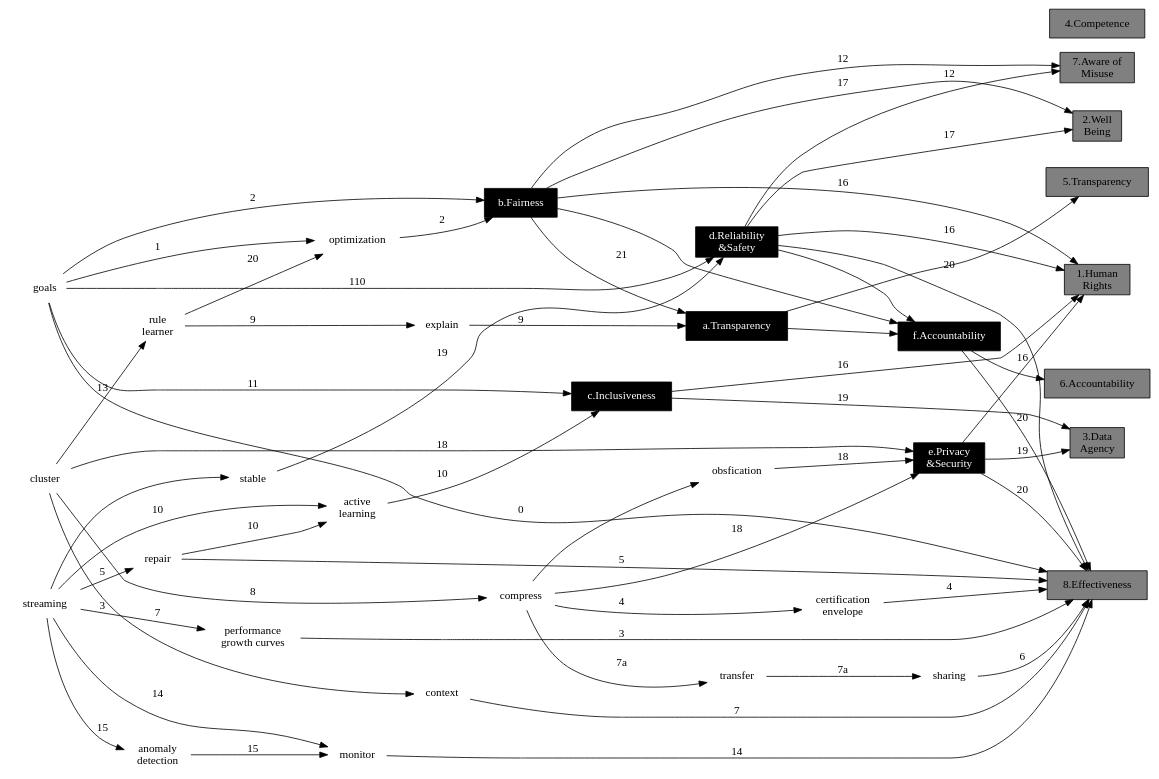
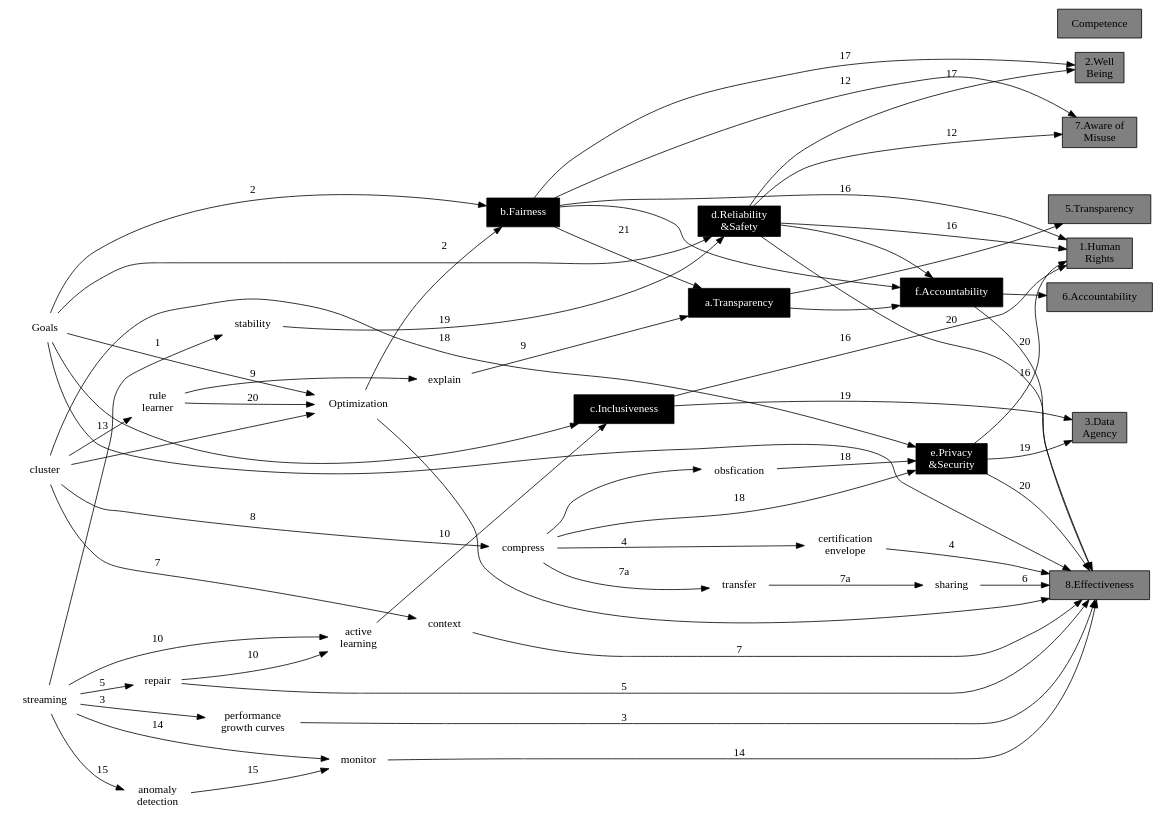
One commit to se4ai/code changed the diagram in img/require.dot. Above: the diagram before and after it, drawn with Graphviz. The commit also changed 5 other files, not shown here.

```diff
--- a/img/require.dot
+++ b/img/require.dot
@@ -6,83 +6,243 @@
 
 The following diagram shows one way to map the Microsoft principles (the black shaded nodes marked
 a,b,c,d,e,f)
-into the IEEE principles (the gray sharded nodes marked 1,2,3,4,5,6,7,8):
+into the IEEE principles (the gray shaded nodes marked 1,2,3,4,5,6,7,8):
 
 
-- _Compentence_ is all itself  since the IEEE definition of that principle seems to be more
+- _Competence_ is all itself  since the IEEE definition of that principle seems to be more
 about the developer than the design patterns and algorithms which are being developed. 
 - There are two terms with similar meanings mentioned by
-IEEE and Microsfot: _accountability_ and _transparency_.  For simplicity sake, we just link them too each other.
+IEEE and Microsoft: _accountability_ and _transparency_.  For simplicity sake, we just link them too each other.
 
 
 This mapping  is hardly definitive since many of these concepts are being rapidly evolved.
 One way to assist in the evolution of these concepts is to define them use discrete maths; i.e. using data structures
 and algorithms-- which is the point of the rest of this chapter. 
 
-## Desgin Details
+## Design Details
 
-The principles supported bythis design are shown on one side the above diagram.
-The other sode of that daigram shows the modules and algorthms needed to support that design.
+The principles supported by this design are shown on one side the above diagram.
+The other side of that diagram shows the modules and algorithms needed to support that design. 
 Before exploring those modules and algorithms, we stress three points:
 
 - Most of the concepts in this diagram is not mentioned in a standard machine learning or AI text.
   That is, ethical-aligned design raises many issues that extend our thinking far away from traditional approaches.
-- While this diagram looks complex, t reallly isn't. Much of  its complexity is in the mapping between
+- While this diagram looks complex, it really isn't. Much of  its complexity is in the mapping between
   the IEEE and Microsoft principles. Apart from that, a few modules are enough to support most of this
   ethically-aligned design. This chapters describes those modules, in broad strokes. Our sample source
-  code offers much more details on thise modules.
-- The aim of the following is to get software engineers
-   thinking about how to better design their systems.  
-   So while the following is **one** way, it is by not means  **the only** way, to design
-  for ethical AI.  
+  code offers much more details on these modules.
+- The back of this book offers KNEAD[^knead],  a sample implementation of this ethically-aligned design for AI
+tools. 
+   while KNEAD following is **one** way to build an ethically-aligned AI tool, it is by not means  **the only** way
+to do it.
 We hope that the reader's 
-reaction to the this design  would be: "Hey! there's a better way to
-do this!" or "This code does not handle ABC so I propose DEF".
+reaction to this code is  "Hey! There's a better way to
+do that!" or "This code does not handle ABC so it needs DEF and here is a sample implementation of that".
+
+[^knead]: KNEAD is short for "the Knowledge Needed for Ethically-Aligned Design".
 
 ### Core Concepts
 
 Three core concepts in that design are goals, clustering and streaming.
 
 */
-goals  [shape=none]
-goals -> opt [label=1]
+goals  [label="Goals", shape=none]
 /*
 
 #### Goals 
 
-Project managers can make a very large number of decsions about a
-project. Different kinds of projects have different definitoons
-of what is "best". For example:
+Before doing anything else, we reason about the _goals_ of the system.
+To show that a system is performing as is it should be,
+we need to know what people expect from that system,
+That is, the first thing we must say is that:
+
+    Goals -> Competence
+
+*/
+
+    effect [label="Competence" shape=box style=filled fillcolor=gray]
+    goals -> comp  
+
+/*
+
+Anyone who has done any requirements engineering knows that systems
+are build for stakeholders and different stakeholders have different goals.
+For example, project managers can make a very large number of decisions about a
+project and  different kinds of projects have different definitions
+of what is "best":
 
 -  For safety critical applications, the goal
-is ultra-relibaility. For such systems, it is reasonable
+is ultra-reliability. For such systems, it is reasonable
 to spend much effort to fund most errors in a system. 
-- For other kinds of applications (e.g. rushing out a new software game so
+- For other kinds of applications (such as rushing out a new software game so
 this organization can secure the cash flow needed for next month's salaries) 
 it it is reasonable to skip over low-priority bugs, just to ship the product sooner.
 
-The point here is that we cannot talk about a system's safety and realibaility, unless 
-we know its goals. Without those goals, we cannot define 
-what "unsafe conditions" mean, nor do we know 
-what 
-services must always be reliabled offered.
-Hemce we say:
+One way to reason about the _inclusiveness_ of a system is to ask how well
+does the system meet  the goals of different stakeholders.
+
+      Goals -> Inclusiveness  
+
+*/
+    goals -> inc  
+/*
+Of course, in practice, not every goal of every stakeholder can be satisfied.
+Sometimes, AI tools have to trade-off between competing goals. For example,
+in the 1990s,
+NASA had the goals of "better,faster,cheaper" space ships. But after some
+very high-profile (and every expensive) mission failures, that mantra
+was often modified to "better,faster,cheaper, pick any two" [^bfc]. 
+
+[^bfc]: For an interesting discussion on what worked, and what did not work,
+with "better, faster, cheaper", see [Can we build software faster and better and cheaper?](/REFS#menzies-2009a).
+
+To accommodate trading off between multiple goals, _optimization_ software
+allows their users to enter in some _objective function_ which can be
+used to assess different solutions. That is, with optimizes, the
+goals are part of the input space, supplied prior to execution. Using that
+optimizer, we can better meet the goals of our stakeholders. 
+This is an important part of ethically-aligned design so we say:
+
+    Goals -> Optimization
+
+*/
+   opt  [label=Optimization shape=none]
+   goals -> opt [label=1]
+
+/*  
+
+A certain kind of optimizer, called a _hyperparameter optimizer_
+is very useful for  improving learners. AI tools such as data miners
+come with numerous "magic"  hyperparameters which are set via
+"engineering judgment" (otherwise known as "guesses").
+For example:
+
+-  When learning a random forest, one such magic
+control hyperparameter is the number of trees in the forest. 
+- One common result is that the performance of Naive Bayes classifiers
+  can be improved via _discretization_  which means dividing  columns of numeric
+  data into a couple of bins. In this case, the number of bins is the hyperparameter.
+
+The performance gains from hyperparameter optimization can be [very large indeed [^hyper]. Hence we say:
+
+[^hyper]: See [Fu et al.](/REFS#fu-2017s) and the work of [Tantithamthavorn et al.](/REFS:tan-2016a).
+
+    Optimization -> Effectiveness
+
+But hyperparameter optimization can be very slow, unless large problems are divided into smaller ones.
+Hence, for pragmatic reasons, it is useful to cluser the space of options before doing optimization.
 
 
-    goals -> reliability&safety
+   Clustering -> Optimization
 
-XXX an say we are inclusive unless we underwtadnteh different goals of the different stakeholders. so knowledge of goals is key
+*/
 
-XXXx better faster cheaper
+    opt -> comp
+    cluster  [shape=none]
+    cluster -> opt
+
+/*
+
+While not widely appreciated,
+hyperparameter optimizers are also very useful for maintaining fairness. 
+To understand that sentence, a little data mining theory is needed. Data can be fitted
+to many models [^simp]. 
+
+![](https://imgs.xkcd.com/comics/curve_fitting.png)
+
+Each of these models can perform differently.
+One performance measure, that is relevant to fairness, is 
+that we should not use
+certain attribute if we we can help it
+(e.g. attributes relating to gender, age, race, etc)[^fair1]. 
+[In our experience](/REFS#chak-2019), 
+if we do/do not tell the learner about the fairness goal,
+then we will/will not generate fair models.
+That is:
+
+[^simp]: To avoid needlessly complex models, one common technique 
+is _simplest first_. 
+For example, when Mark Hall and Geoffrey Holmes implemented
+the [CFS feature selector](/REFS#hall-2003)
+as 
+a _forward select_ search over _N_ features starts with _N_ models (each containing one feature) then
+mixes and matches those models to build progressively large feature sets. This search stops
+when the larger models are performing no better than the smaller ones. 
+
+[*fair1]: Of course, sometimes those attributes are more important than anything else
+for predicting some goal. For example, many illnesses are age related. That said,
+when using attributes like age, race, or gender is optional (i.e. we can achieve our
+goals without using that kind of sensitive information) then it is at the least kind and polite
+to do so (and, at the very most, it can be illegal to do so; e.g. using gender information
+in decisions about not hiring a job candidate).
+
+  Goals and Optimization -> Fairness
+
+*/
+
+   fair [label="b.Fairness" shape=box style=filled fontcolor=white fillcolor=black]
+   {goals;opt;} -> fair [label=2]
+
+/*
+
+Goals are important for more that just competency and inclusion and fairness.
+Reliability and safety have to be assessed with respect to a system's goals.
+Without knowledge of the  goals, we may not be able to:
+
+- Define what "unsafe conditions" mean;  
+- Or declarer what services must always be reliable offered.
+
+Hence we say:
+
+    Goals -> Reliability & Safety
+
+*/
+
+    safe [label="d.Reliability\n&Safety" shape=box style=filled fontcolor=white fillcolor=black]
+    goals -> safe
+
+/*
+
+There are many other aspects to reliability and safety (in fact, there are whole
+conferences devoted to that very topic[^issre]). Covering all those aspects would
+require an entirely separate book](/REFS#evensong-1995).
+Here, we restrict ourselves to one aspect of reliability that are usual skipped
+over in data mining textbooks.
+Most learners suffer from a _sampling bias_ where different data (or different ordering of the
+  training data) leads to different models. Hence, we require that the performance of an
+  AI tool be _stable_ across a reasonable variation of the data. For example, while sometimes
+  it is useful to replace an old model with a better one, we would hope that some model be
+  _stable_ for at least some period of time after it was created.
+
+XXX stabilit y needs regions , not points (harman quote)
+
+[^issre]: See the International Symposium on Software Reliability Engineering.
+
+
+
+That is:
+
+    stability -> reliability
+
+
+*/
+
+
+   stable  [label="stability",shape=none]
+   stable -> safe [label=19]
+
+/*
 
 XXX how tog et goals" the timmmatrix
-*/ 
-    goals -> safe [label=110] 
-    goals -> inc [label=11] 
 
-/*
-XXX bettter faster cheapr
 XXX find the most bugs in fewest lines
+
+Note that a many learners need some form of adaption to be a good goal-based reasoner.  As shown
+in our sample code, that adapation is not difficult and the resulting goal-based reasoner
+uses many components that would be familiar to anyone with some machine learning experience:
+
+- First cluster the data 
+
 Many learning systems have goals hardwired into them (e.g. reduce mean-squared error or reduce entropy).
 This means that those learning systems built their models to satisfy goal1, even though the generated
 models may be assessed via some other goal2. For example, many learners were developed and debugged
@@ -127,8 +287,6 @@
 data set.
 
 */
-goals -> comp [label=0] 
-{goals;opt;} -> fair [label=2]
 
 
 stream -> stable
@@ -138,7 +296,6 @@
 {safe;priv; count;} -> comp [label=20]
 {inc; priv; } -> data [label=19]
 alearn [label="active\nlearning" shape=none]
-opt  [label=optimization shape=none]
 stream  [label=streaming shape=none]
 growth  [label="performance\ngrowth curves" shape=none]
 compress  [label="compress" shape=none]
@@ -146,17 +303,14 @@
 repair  [label="repair" shape=none]
 sharing  [shape=none]
 transfer  [shape=none]
-cluster  [shape=none]
 context  [shape=none]
 explain  [shape=none]
 monitor  [shape=none]
-stable  [shape=none]
 obs [label=obsfication shape=none]
 anomaly  [label="anomaly\ndetection"shape=none]
 fftree  [shape=none label="rule\nlearner"] 
 
 fftree  -> opt [label=20] 
-stable -> safe [label=19]
 {cluster; compress -> obs;} -> priv [label=18]
 {safe; fair;} -> well [label=17]
 {safe; fair; priv; inc; } -> rite [label=16]
@@ -177,16 +331,13 @@
 compress -> env -> comp [label=4]
 stream -> growth -> comp [label=3]
 trans [label="a.Transparency" shape=box style=filled fontcolor=white fillcolor=black]
-fair [label="b.Fairness" shape=box style=filled fontcolor=white fillcolor=black]
 inc [label="c.Inclusiveness" shape=box style=filled fontcolor=white fillcolor=black]
-safe [label="d.Reliability\n&Safety" shape=box style=filled fontcolor=white fillcolor=black]
 priv [label="e.Privacy\n&Security" shape=box style=filled fontcolor=white fillcolor=black]
 count [label="f.Accountability" shape=box style=filled fontcolor=white fillcolor=black]
 
 rite [label="1.Human\nRights" shape=box style=filled fillcolor=gray]
 well [label="2.Well\nBeing" shape=box style=filled fillcolor=gray]
 data [label="3.Data\nAgency" shape=box style=filled fillcolor=gray]
-effect [label="4.Competence" shape=box style=filled fillcolor=gray]
 trans1 [label="5.Transparency" shape=box style=filled fillcolor=gray]
 count1 [label="6.Accountability" shape=box style=filled fillcolor=gray]
 nomiuse [label="7.Aware of\nMisuse" shape=box style=filled fillcolor=gray]
```
